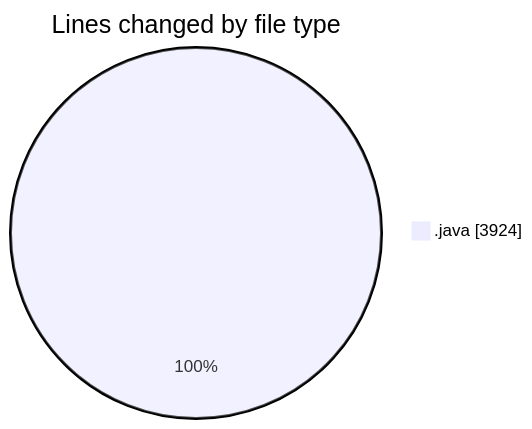
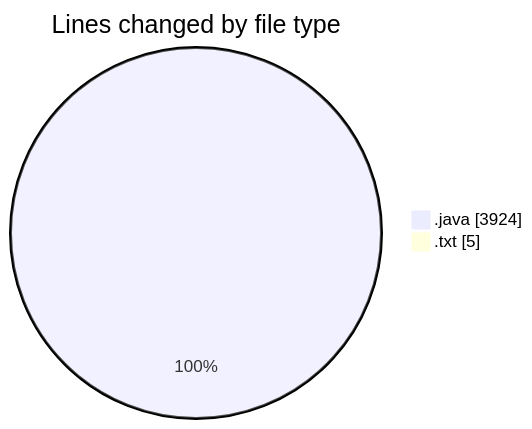
Before and after one commit to ricardozamudiocil/code-tracking: the first of 2 diagrams in 2026-03-19/cilapp/README.md, drawn with Mermaid. The commit also changed other lines of this file and 1 other file, not shown here.

````diff
--- a/2026-03-19/cilapp/README.md
+++ b/2026-03-19/cilapp/README.md
@@ -21,5 +22,6 @@
 ```mermaid
 pie showData
 title Lines changed by file type
 ".java" : 3924
+".txt" : 5
 ```
````
